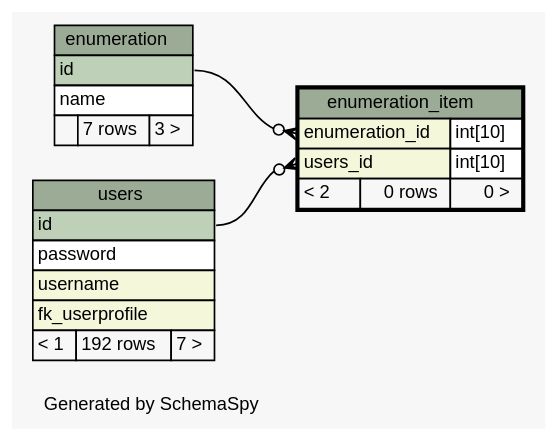
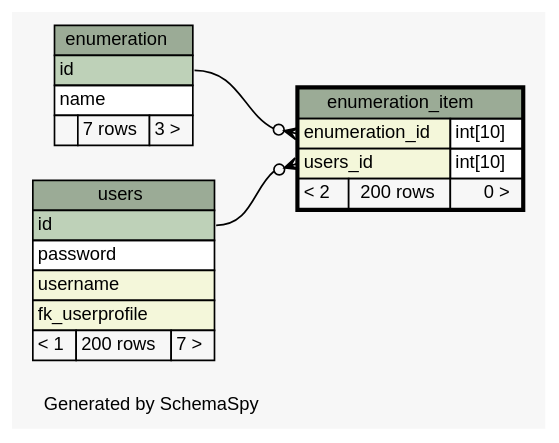
The diagram in doc/db_schema/diagrams/enumeration_item.1degree.dot (chr-krenn/chr-krenn-fhj-ws2017-sd17-pse), drawn with Graphviz before and after one commit. The commit also changed 65 other files, not shown here.

```diff
--- a/doc/db_schema/diagrams/enumeration_item.1degree.dot
+++ b/doc/db_schema/diagrams/enumeration_item.1degree.dot
@@ -1,59 +1,59 @@
 // dot 2.40.1 on Linux 4.12.5-300.fc26.x86_64
 // SchemaSpy rev 590
 digraph "oneDegreeRelationshipsDiagram" {
   graph [
     rankdir="RL"
     bgcolor="#f7f7f7"
     label="\nGenerated by SchemaSpy"
     labeljust="l"
     nodesep="0.18"
     ranksep="0.46"
     fontname="Helvetica"
     fontsize="11"
   ];
   node [
     fontname="Helvetica"
     fontsize="11"
     shape="plaintext"
   ];
   edge [
     arrowsize="0.8"
   ];
   "enumeration_item":"enumeration_id":w -> "enumeration":"id":e [arrowhead=none dir=back arrowtail=crowodot];
   "enumeration_item":"users_id":w -> "users":"id":e [arrowhead=none dir=back arrowtail=crowodot];
   "enumeration" [
     label=<
     <TABLE BORDER="0" CELLBORDER="1" CELLSPACING="0" BGCOLOR="#ffffff">
       <TR><TD COLSPAN="3" BGCOLOR="#9bab96" ALIGN="CENTER">enumeration</TD></TR>
       <TR><TD PORT="id" COLSPAN="3" BGCOLOR="#bed1b8" ALIGN="LEFT">id</TD></TR>
       <TR><TD PORT="name" COLSPAN="3" ALIGN="LEFT">name</TD></TR>
       <TR><TD ALIGN="LEFT" BGCOLOR="#f7f7f7">  </TD><TD ALIGN="RIGHT" BGCOLOR="#f7f7f7">7 rows</TD><TD ALIGN="RIGHT" BGCOLOR="#f7f7f7">3 &gt;</TD></TR>
     </TABLE>>
     URL="enumeration.html"
     tooltip="enumeration"
   ];
   "enumeration_item" [
     label=<
     <TABLE BORDER="2" CELLBORDER="1" CELLSPACING="0" BGCOLOR="#ffffff">
       <TR><TD COLSPAN="3" BGCOLOR="#9bab96" ALIGN="CENTER">enumeration_item</TD></TR>
       <TR><TD PORT="enumeration_id" COLSPAN="2" BGCOLOR="#f4f7da" ALIGN="LEFT">enumeration_id</TD><TD PORT="enumeration_id.type" ALIGN="LEFT">int[10]</TD></TR>
       <TR><TD PORT="users_id" COLSPAN="2" BGCOLOR="#f4f7da" ALIGN="LEFT">users_id</TD><TD PORT="users_id.type" ALIGN="LEFT">int[10]</TD></TR>
-      <TR><TD ALIGN="LEFT" BGCOLOR="#f7f7f7">&lt; 2</TD><TD ALIGN="RIGHT" BGCOLOR="#f7f7f7">0 rows</TD><TD ALIGN="RIGHT" BGCOLOR="#f7f7f7">0 &gt;</TD></TR>
+      <TR><TD ALIGN="LEFT" BGCOLOR="#f7f7f7">&lt; 2</TD><TD ALIGN="RIGHT" BGCOLOR="#f7f7f7">200 rows</TD><TD ALIGN="RIGHT" BGCOLOR="#f7f7f7">0 &gt;</TD></TR>
     </TABLE>>
     URL="enumeration_item.html"
     tooltip="enumeration_item"
   ];
   "users" [
     label=<
     <TABLE BORDER="0" CELLBORDER="1" CELLSPACING="0" BGCOLOR="#ffffff">
       <TR><TD COLSPAN="3" BGCOLOR="#9bab96" ALIGN="CENTER">users</TD></TR>
       <TR><TD PORT="id" COLSPAN="3" BGCOLOR="#bed1b8" ALIGN="LEFT">id</TD></TR>
       <TR><TD PORT="password" COLSPAN="3" ALIGN="LEFT">password</TD></TR>
       <TR><TD PORT="username" COLSPAN="3" BGCOLOR="#f4f7da" ALIGN="LEFT">username</TD></TR>
       <TR><TD PORT="fk_userprofile" COLSPAN="3" BGCOLOR="#f4f7da" ALIGN="LEFT">fk_userprofile</TD></TR>
-      <TR><TD ALIGN="LEFT" BGCOLOR="#f7f7f7">&lt; 1</TD><TD ALIGN="RIGHT" BGCOLOR="#f7f7f7">192 rows</TD><TD ALIGN="RIGHT" BGCOLOR="#f7f7f7">7 &gt;</TD></TR>
+      <TR><TD ALIGN="LEFT" BGCOLOR="#f7f7f7">&lt; 1</TD><TD ALIGN="RIGHT" BGCOLOR="#f7f7f7">200 rows</TD><TD ALIGN="RIGHT" BGCOLOR="#f7f7f7">7 &gt;</TD></TR>
     </TABLE>>
     URL="users.html"
     tooltip="users"
   ];
 }
```
